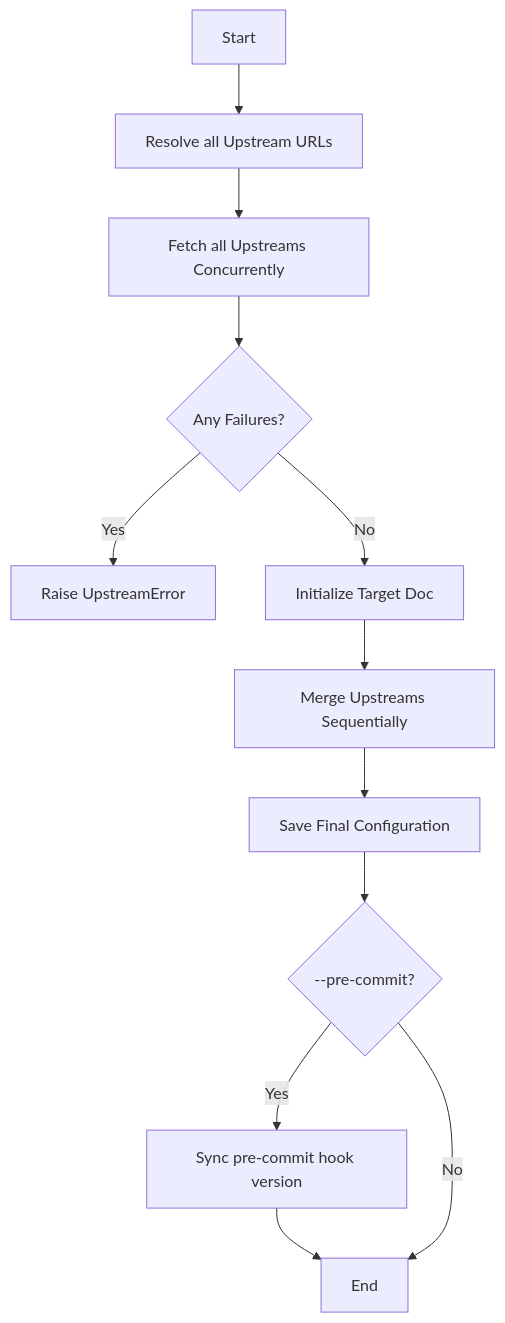
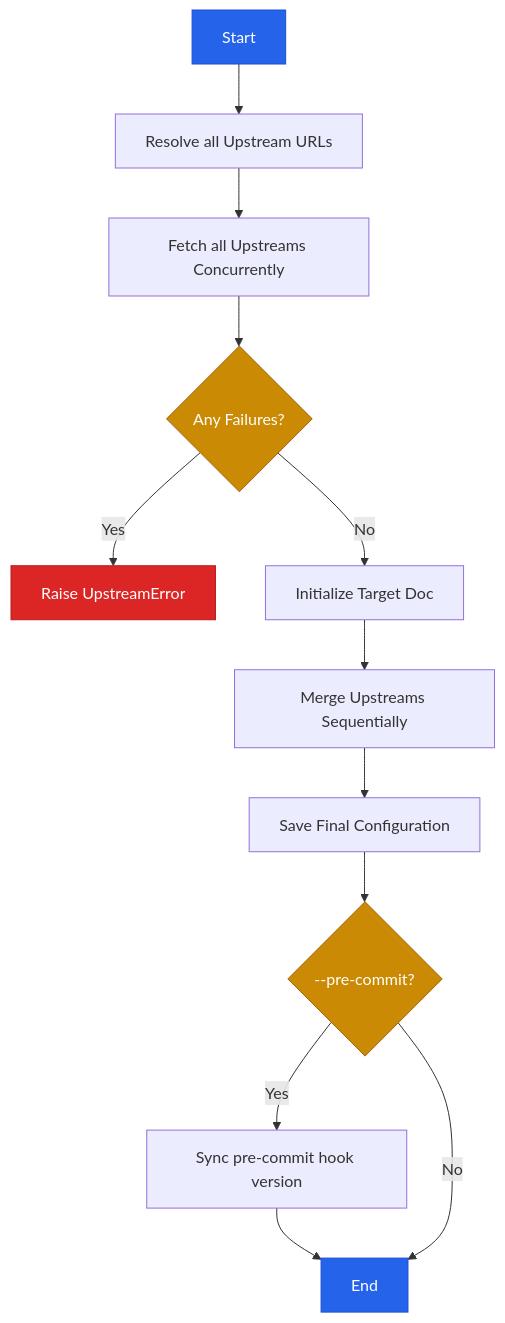
One commit to Kilo59/ruff-sync changed the first of 2 diagrams in docs/usage.md. Above: the diagram before and after it, drawn with Mermaid. The commit also changed other lines of this file and 5 other files, not shown here.

````diff
--- a/docs/usage.md
+++ b/docs/usage.md
@@ -146,14 +146,21 @@
 ```mermaid
 graph TD
     A[Start] --> B[Resolve all Upstream URLs]
     B --> C[Fetch all Upstreams Concurrently]
     C --> D{Any Failures?}
     D -- Yes --> E[Raise UpstreamError]
     D -- No --> F[Initialize Target Doc]
     F --> G[Merge Upstreams Sequentially]
     G --> H[Save Final Configuration]
     H --> PC{--pre-commit?}
     PC -- Yes --> SyncPC[Sync pre-commit hook version]
     SyncPC --> I[End]
     PC -- No --> I[End]
+
+    %% Styling
+    style A fill:#2563eb,color:#fff,stroke:#1d4ed8
+    style I fill:#2563eb,color:#fff,stroke:#1d4ed8
+    style E fill:#dc2626,color:#fff,stroke:#b91c1c
+    style D fill:#ca8a04,color:#fff,stroke:#a16207
+    style PC fill:#ca8a04,color:#fff,stroke:#a16207
 ```
````
